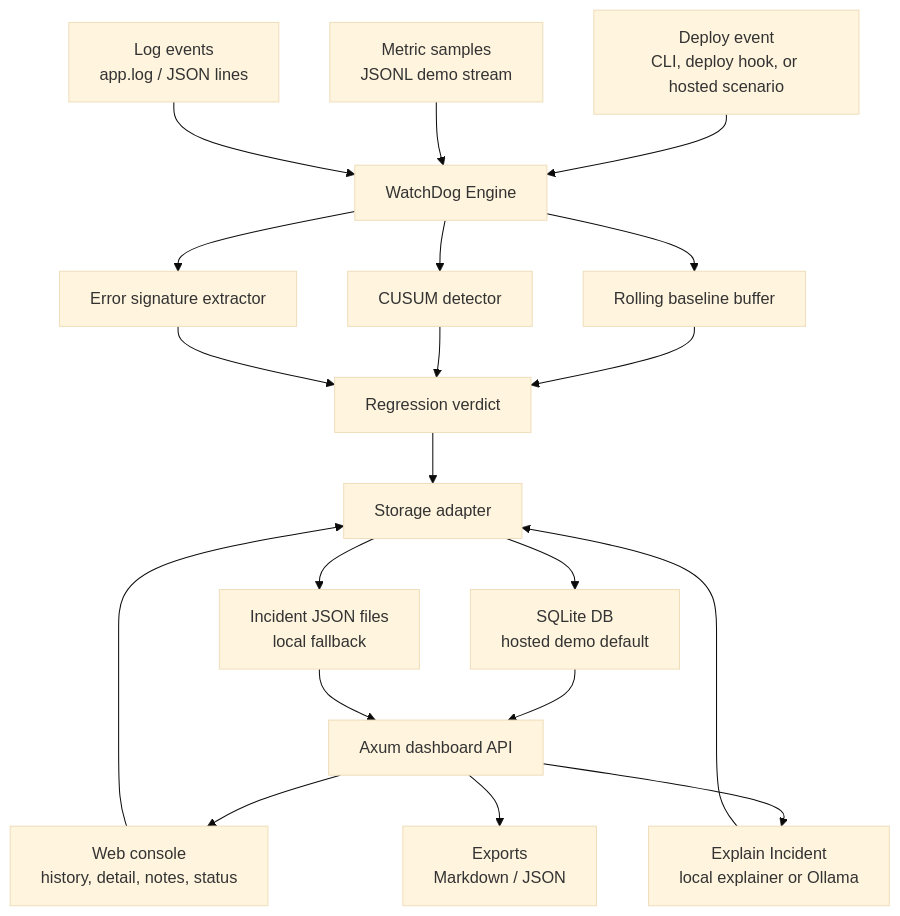
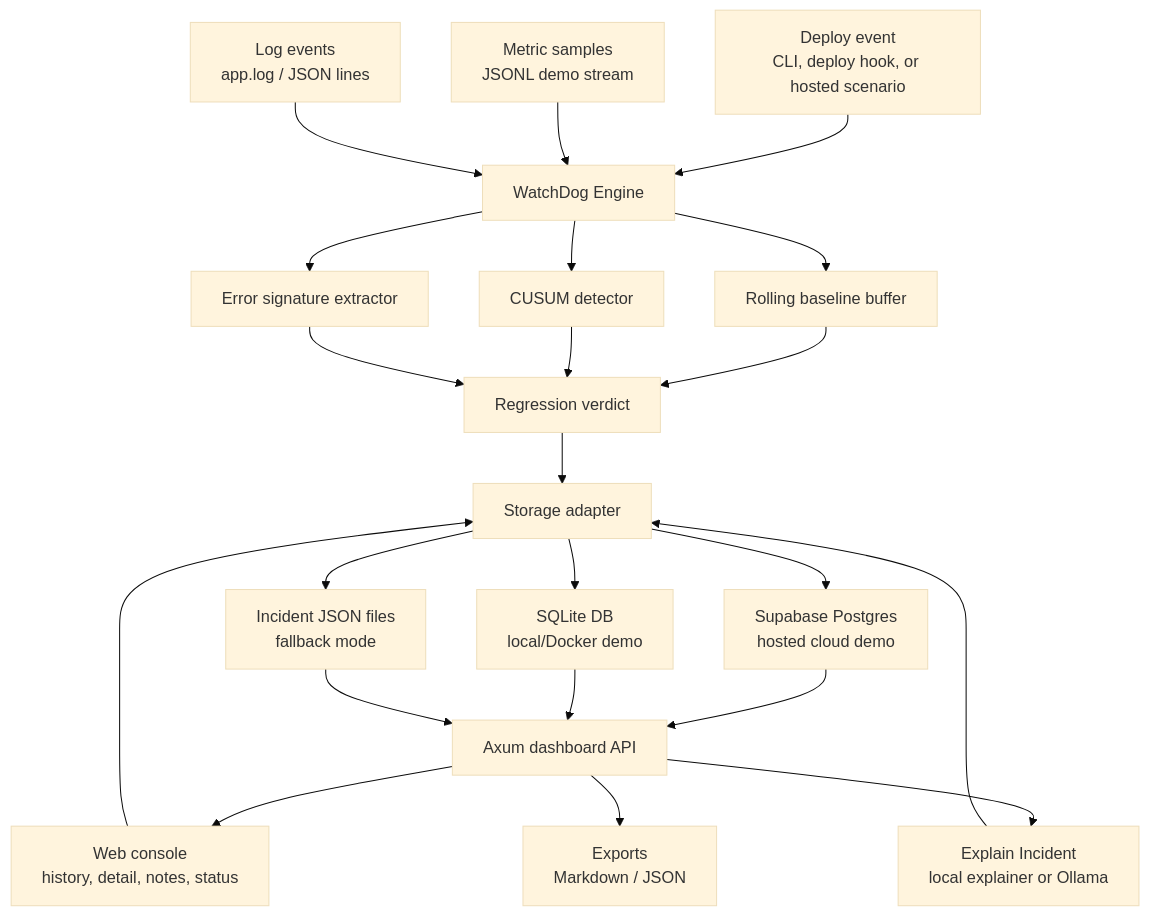
One commit to deepti-96/WatchDog changed the second of 2 diagrams in README.md. Above: the diagram before and after it, drawn with Mermaid (base theme). The commit also changed other lines of this file and 14 other files, not shown here.

````diff
--- a/README.md
+++ b/README.md
@@ -148,26 +183,28 @@
 ```mermaid
 flowchart TD
     A["Deploy event<br/>CLI, deploy hook, or hosted scenario"] --> B["WatchDog Engine"]
     C["Metric samples<br/>JSONL demo stream"] --> B
     D["Log events<br/>app.log / JSON lines"] --> B
 
     B --> E["Rolling baseline buffer"]
     B --> F["CUSUM detector"]
     B --> G["Error signature extractor"]
 
     E --> H["Regression verdict"]
     F --> H
     G --> H
 
     H --> I["Storage adapter"]
-    I --> J["SQLite DB<br/>hosted demo default"]
-    I --> K["Incident JSON files<br/>local fallback"]
+    I --> J["Supabase Postgres<br/>hosted cloud demo"]
+    I --> K["SQLite DB<br/>local/Docker demo"]
+    I --> P["Incident JSON files<br/>fallback mode"]
 
     J --> L["Axum dashboard API"]
     K --> L
+    P --> L
     L --> M["Web console<br/>history, detail, notes, status"]
     L --> N["Explain Incident<br/>local explainer or Ollama"]
     L --> O["Exports<br/>Markdown / JSON"]
     N --> I
     M --> I
 ```
````
